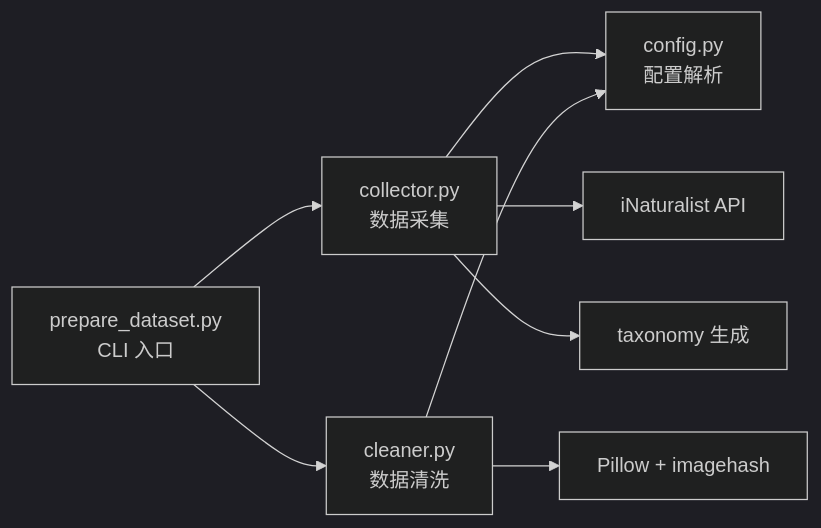
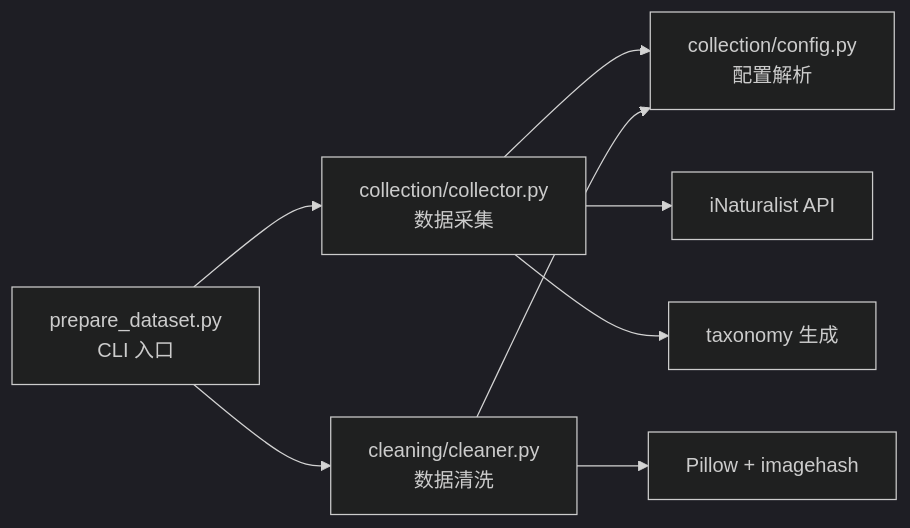
The second of 2 diagrams in .kiro/specs/spec-27-inat-data-collection/design.md (JerryCW/raspi-eye), drawn with Mermaid (dark theme) before and after one commit. The commit also changed other lines of this file and 11 other files, not shown here.

````diff
--- a/.kiro/specs/spec-27-inat-data-collection/design.md
+++ b/.kiro/specs/spec-27-inat-data-collection/design.md
@@ -57,10 +57,10 @@
 ```mermaid
 graph LR
-    CLI[prepare_dataset.py<br/>CLI 入口] --> COL[collector.py<br/>数据采集]
-    CLI --> CLN[cleaner.py<br/>数据清洗]
-    COL --> CFG[config.py<br/>配置解析]
+    CLI[prepare_dataset.py<br/>CLI 入口] --> COL[collection/collector.py<br/>数据采集]
+    CLI --> CLN[cleaning/cleaner.py<br/>数据清洗]
+    COL --> CFG[collection/config.py<br/>配置解析]
     CLN --> CFG
     COL --> API[iNaturalist API]
     CLN --> PIL[Pillow + imagehash]
     COL --> TAX[taxonomy 生成]
 ```
````
